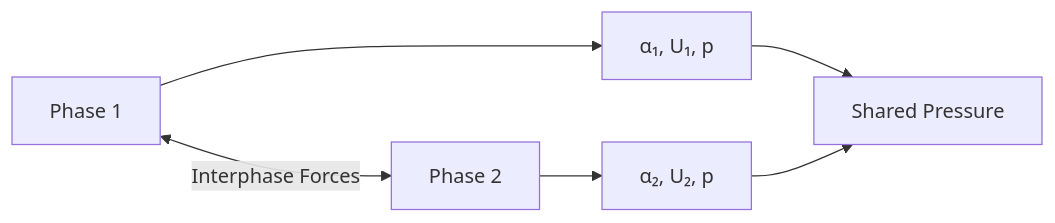
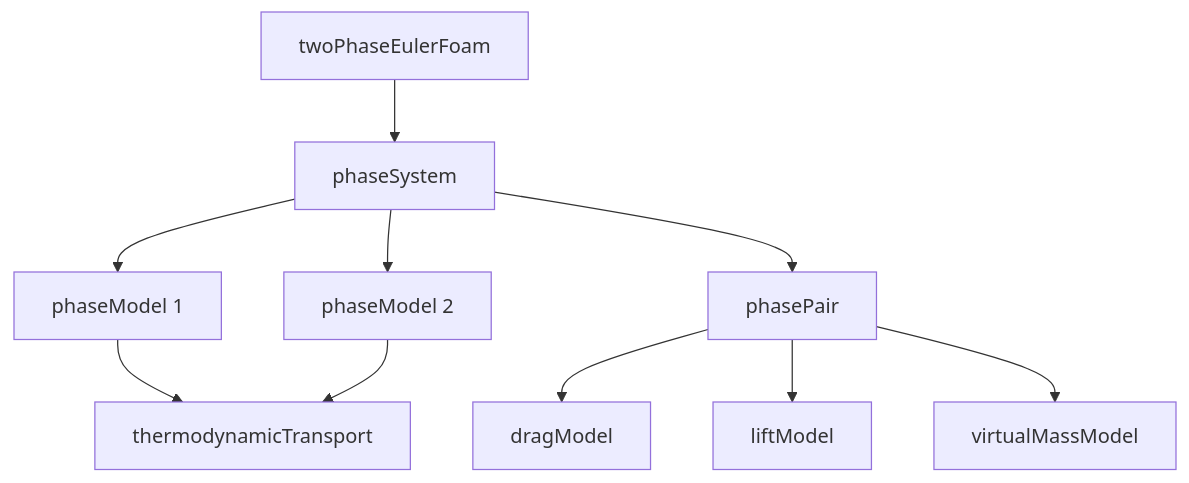
One commit to wramet/build-my-cfd changed the first of 2 diagrams in MODULE_04_MULTIPHASE_FUNDAMENTALS/CONTENT/03_EULER_EULER_METHOD/03_Implementation_Concepts.md. Above: the diagram before and after it, drawn with Mermaid. The commit also changed other lines of this file and 75 other files, not shown here.

````diff
--- a/MODULE_04_MULTIPHASE_FUNDAMENTALS/CONTENT/03_EULER_EULER_METHOD/03_Implementation_Concepts.md
+++ b/MODULE_04_MULTIPHASE_FUNDAMENTALS/CONTENT/03_EULER_EULER_METHOD/03_Implementation_Concepts.md
@@ -11,8 +49,12 @@
 ```mermaid
-flowchart LR
-    A[Phase 1] <-->|Interphase Forces| B[Phase 2]
-    A --> C[α₁, U₁, p]
-    B --> D[α₂, U₂, p]
-    C --> E[Shared Pressure]
-    D --> E
+flowchart TB
+    A[twoPhaseEulerFoam] --> B[phaseSystem]
+    B --> C[phaseModel 1]
+    B --> D[phaseModel 2]
+    B --> E[phasePair]
+    E --> F[dragModel]
+    E --> G[liftModel]
+    E --> H[virtualMassModel]
+    C --> I[thermodynamicTransport]
+    D --> I
 ```
````
